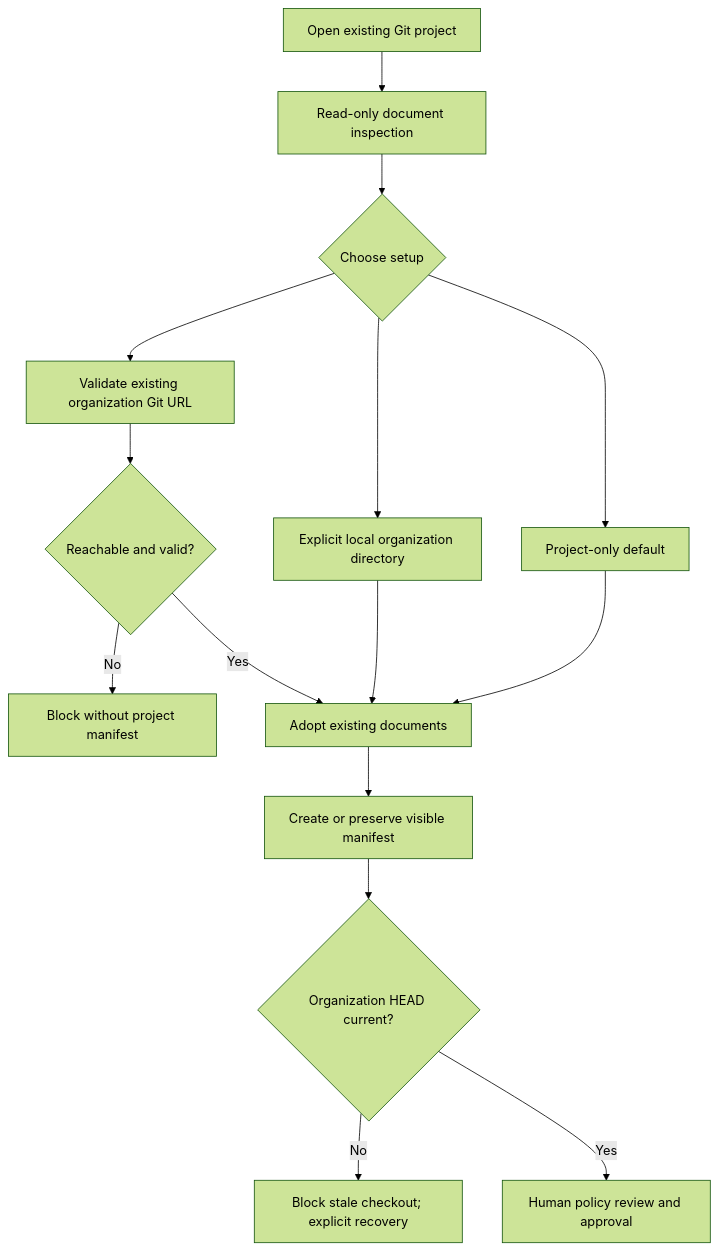
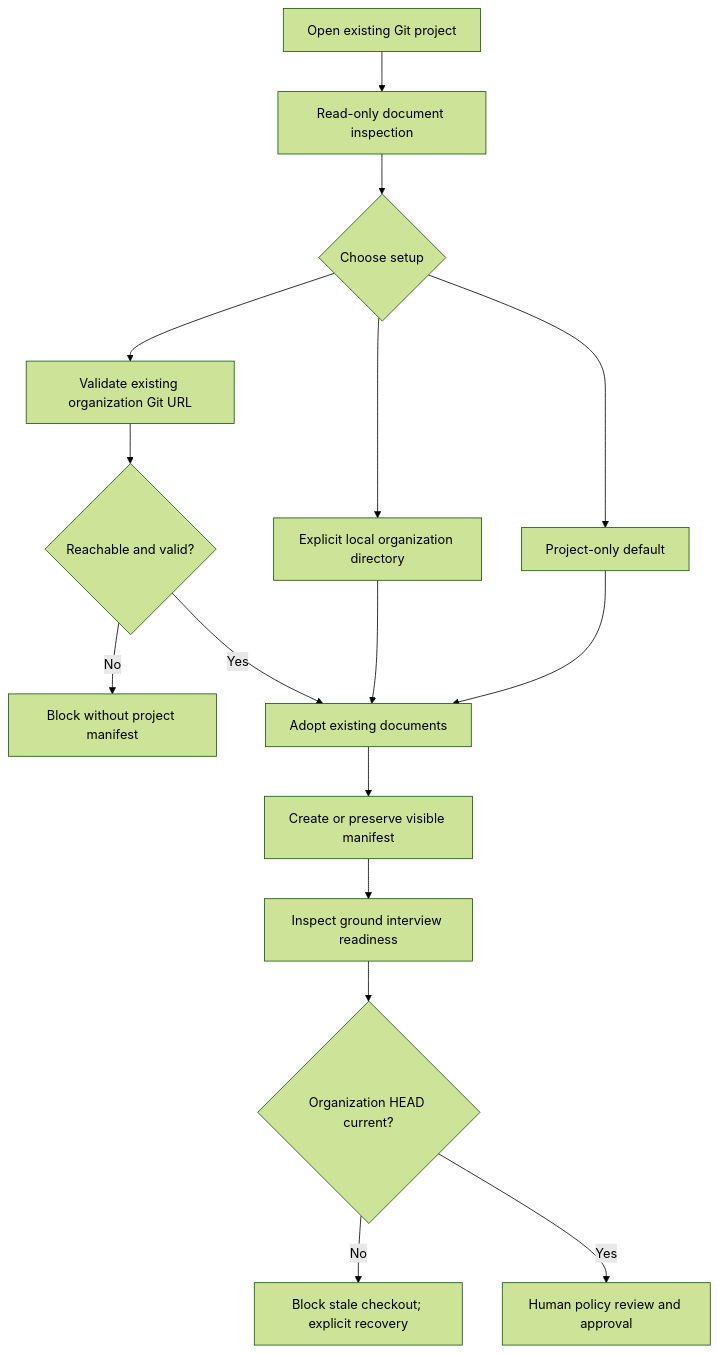
Before and after one commit to wgentil/devflow: the second of 2 diagrams in skills/project-context/GUIDE.md, drawn with Mermaid (forest theme). The commit also changed 19 other files, not shown here.

Commit message:
Add first-use ground interview checkpoint

````diff
--- a/skills/project-context/GUIDE.md
+++ b/skills/project-context/GUIDE.md
@@ -137,17 +137,18 @@
 ```mermaid
 flowchart TD
     Open[Open existing Git project] --> Inspect[Read-only document inspection]
     Inspect --> Choice{Choose setup}
     Choice --> Project[Project-only default]
     Choice --> Attach[Validate existing organization Git URL]
     Choice --> Create[Explicit local organization directory]
     Attach --> Valid{Reachable and valid?}
     Valid -->|No| Block[Block without project manifest]
     Valid -->|Yes| Adopt[Adopt existing documents]
     Create --> Adopt
     Project --> Adopt
     Adopt --> Manifest[Create or preserve visible manifest]
-    Manifest --> Fresh{Organization HEAD current?}
+    Manifest --> Ground[Inspect ground interview readiness]
+    Ground --> Fresh{Organization HEAD current?}
     Fresh -->|No| Recover[Block stale checkout; explicit recovery]
     Fresh -->|Yes| Human[Human policy review and approval]
 ```
````
